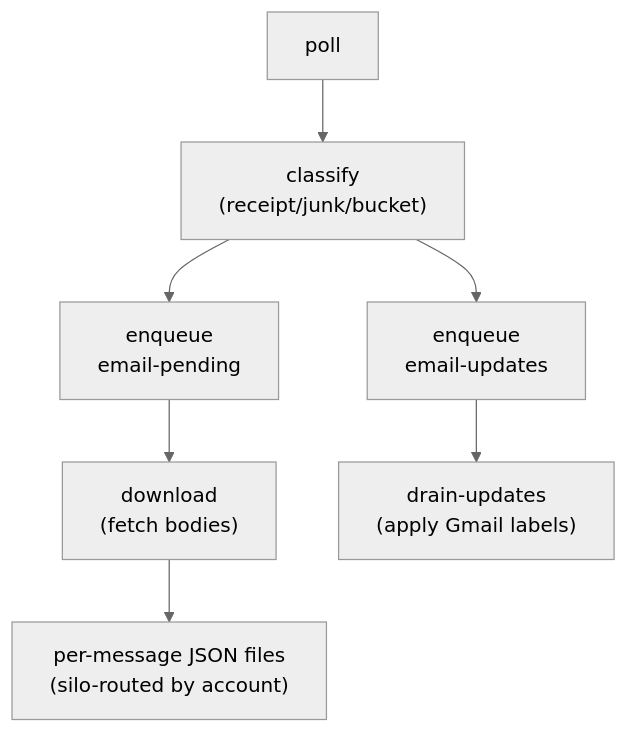
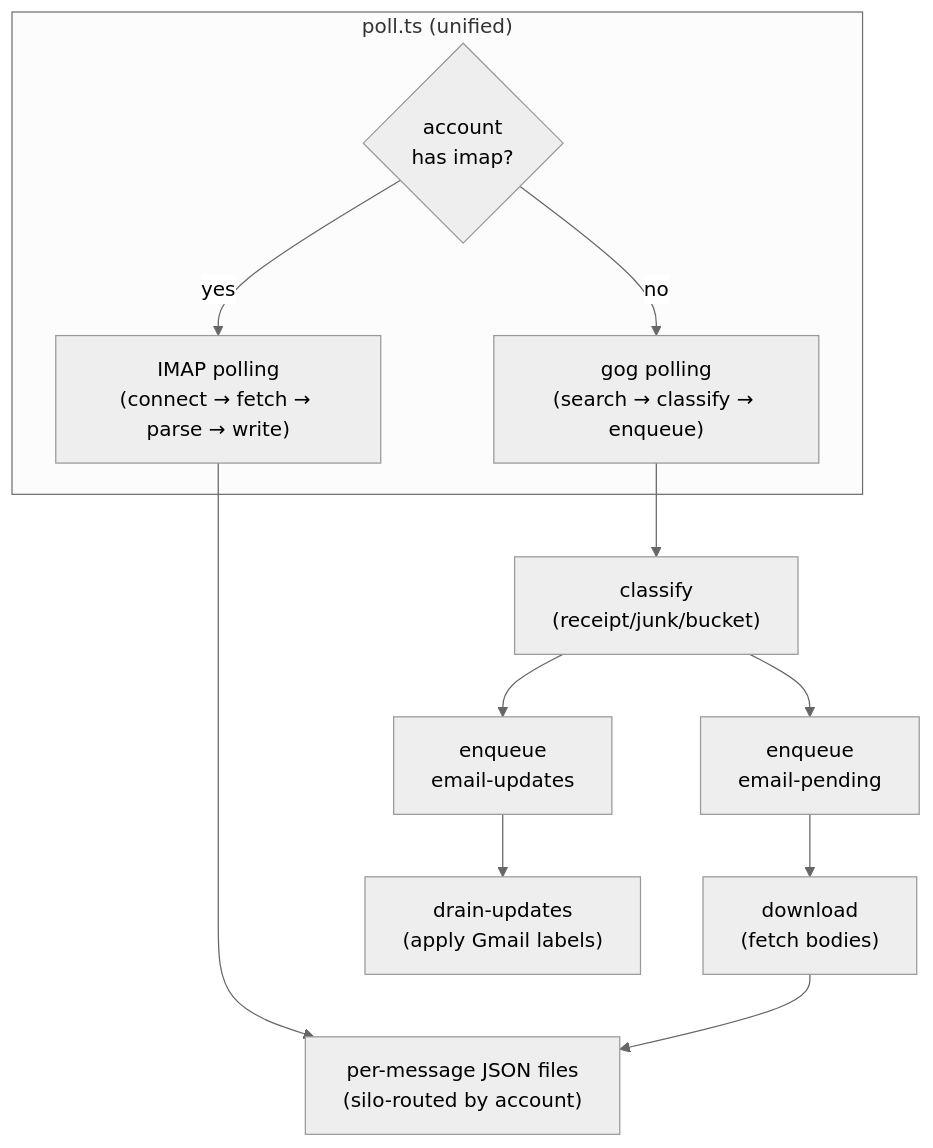
Before and after one commit to karmaniverous/jeeves-runner-scripts-template: the diagram in src/email/README.md, drawn with Mermaid (neutral theme). The commit also changed other lines of this file and 24 other files, not shown here.

First line of the commit message:
feat: IMAP email polling + unified email directory structure (#27)

````diff
--- a/src/email/README.md
+++ b/src/email/README.md
@@ -20,9 +18,15 @@
 ```mermaid
 flowchart TD
-  poll --> classify["classify\n(receipt/junk/bucket)"]
+  subgraph "poll.ts (unified)"
+    dispatch{"account\nhas imap?"}
+    dispatch -->|yes| imap["IMAP polling\n(connect → fetch → parse → write)"]
+    dispatch -->|no| gog["gog polling\n(search → classify → enqueue)"]
+  end
+  imap --> files["per-message JSON files\n(silo-routed by account)"]
+  gog --> classify["classify\n(receipt/junk/bucket)"]
   classify --> pending["enqueue\nemail-pending"]
   classify --> updates["enqueue\nemail-updates"]
   pending --> download["download\n(fetch bodies)"]
   updates --> drain["drain-updates\n(apply Gmail labels)"]
-  download --> files["per-message JSON files\n(silo-routed by account)"]
+  download --> files
 ```
````
